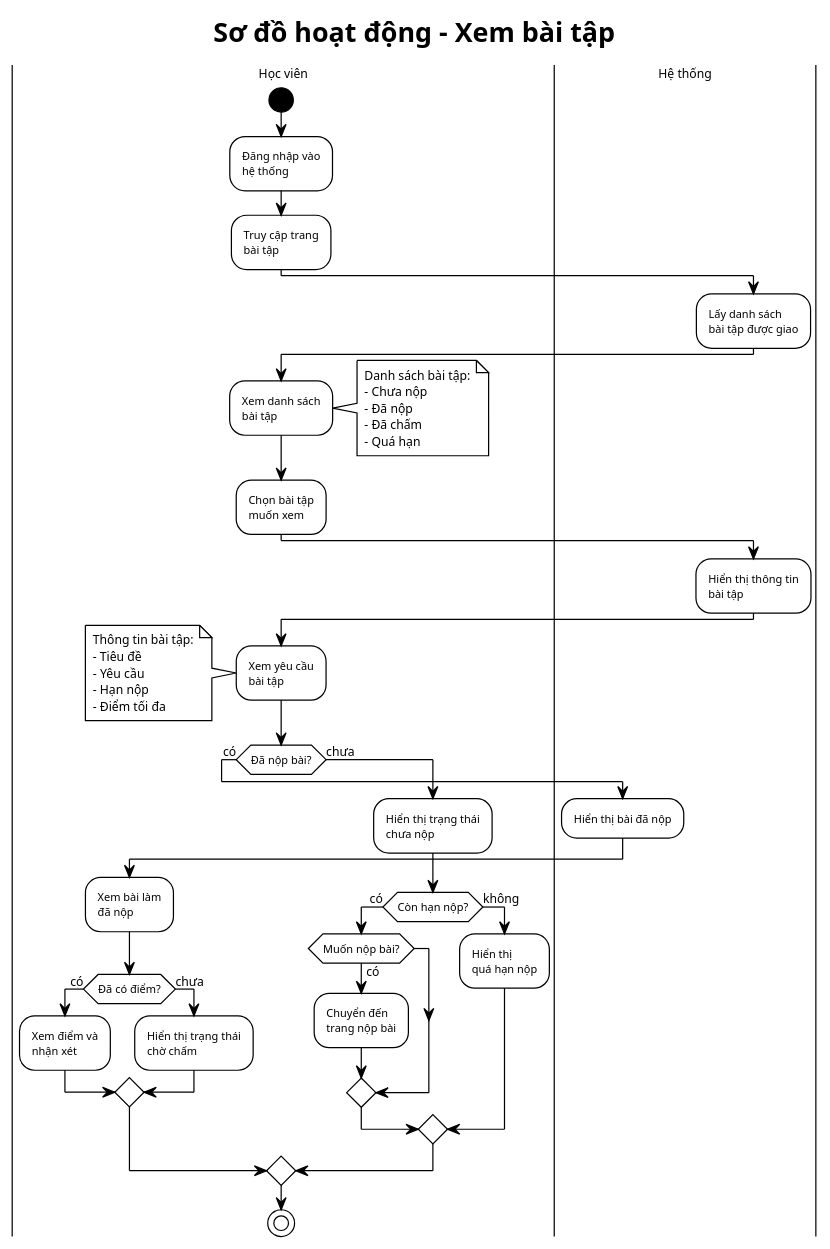
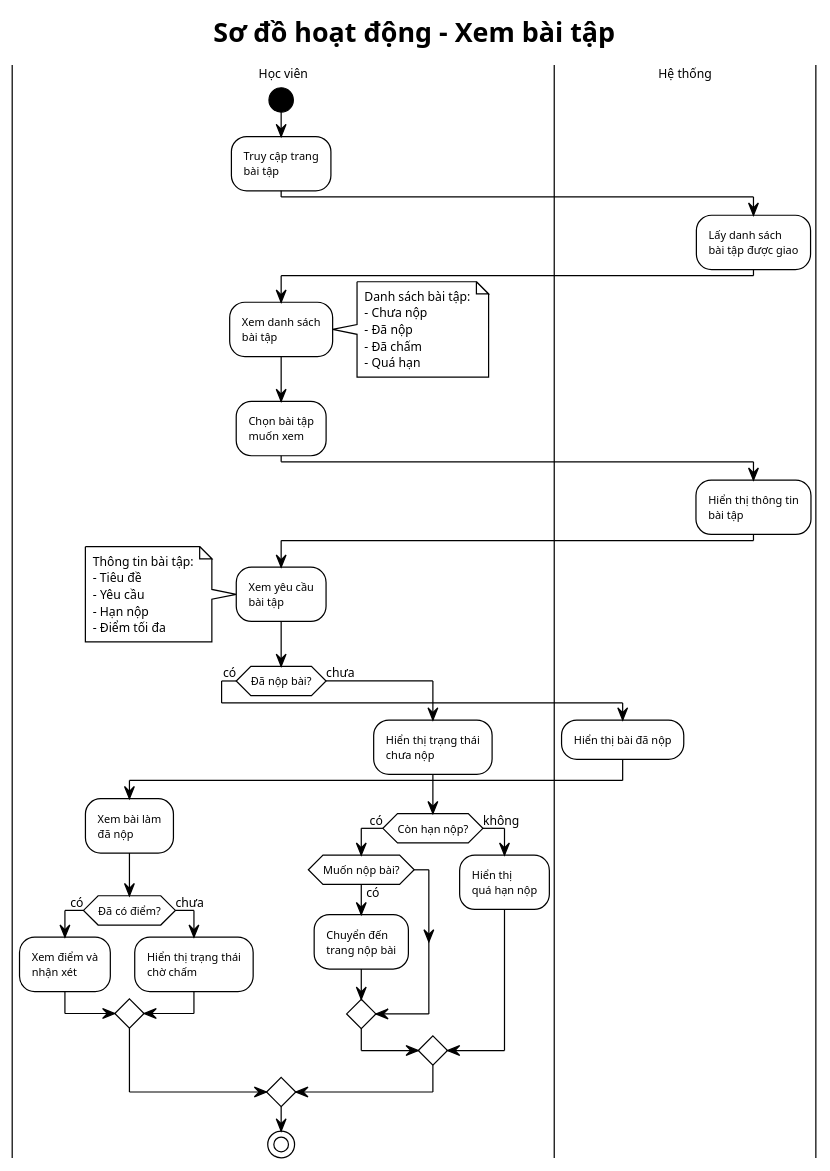
The diagram in atvtd/xembaitap.puml (pTBgH/pttkht), drawn with PlantUML before and after one commit. The commit also changed 3 other files, not shown here.

```diff
--- a/atvtd/xembaitap.puml
+++ b/atvtd/xembaitap.puml
@@ -1,78 +1,77 @@
 @startuml
 !theme plain
 skinparam defaultFontSize 10
 skinparam activityFontSize 9
 skinparam swimlaneTitleFontSize 10
 skinparam maxMessageSize 150
 skinparam ranksep 60
 skinparam activityStartColor black
 skinparam activityEndColor black
 skinparam activityEndColorBorder black
 skinparam activityBarColor black
 skinparam circledCharacterFontColor black
 
 title Sơ đồ hoạt động - Xem bài tập
 
 |Học viên|
 start
-:Đăng nhập vào\nhệ thống;
 :Truy cập trang\nbài tập;
 
 |Hệ thống|
 :Lấy danh sách\nbài tập được giao;
 
 |Học viên|
 :Xem danh sách\nbài tập;
 
 note right
   Danh sách bài tập:
   - Chưa nộp
   - Đã nộp
   - Đã chấm
   - Quá hạn
 end note
 
 :Chọn bài tập\nmuốn xem;
 
 |Hệ thống|
 :Hiển thị thông tin\nbài tập;
 
 |Học viên|
 :Xem yêu cầu\nbài tập;
 
 note left
   Thông tin bài tập:
   - Tiêu đề
   - Yêu cầu
   - Hạn nộp
   - Điểm tối đa
 end note
 
 if (Đã nộp bài?) then (có)
   |Hệ thống|
   :Hiển thị bài đã nộp;
   
   |Học viên|
   :Xem bài làm\nđã nộp;
   
   if (Đã có điểm?) then (có)
     :Xem điểm và\nnhận xét;
   else (chưa)
     :Hiển thị trạng thái\nchờ chấm;
   endif
   
 else (chưa)
   :Hiển thị trạng thái\nchưa nộp;
   
   if (Còn hạn nộp?) then (có)
     if (Muốn nộp bài?) then (có)
       :Chuyển đến\ntrang nộp bài;
     endif
   else (không)
     :Hiển thị\nquá hạn nộp;
   endif
 endif
 
 stop
 
 @enduml
```
